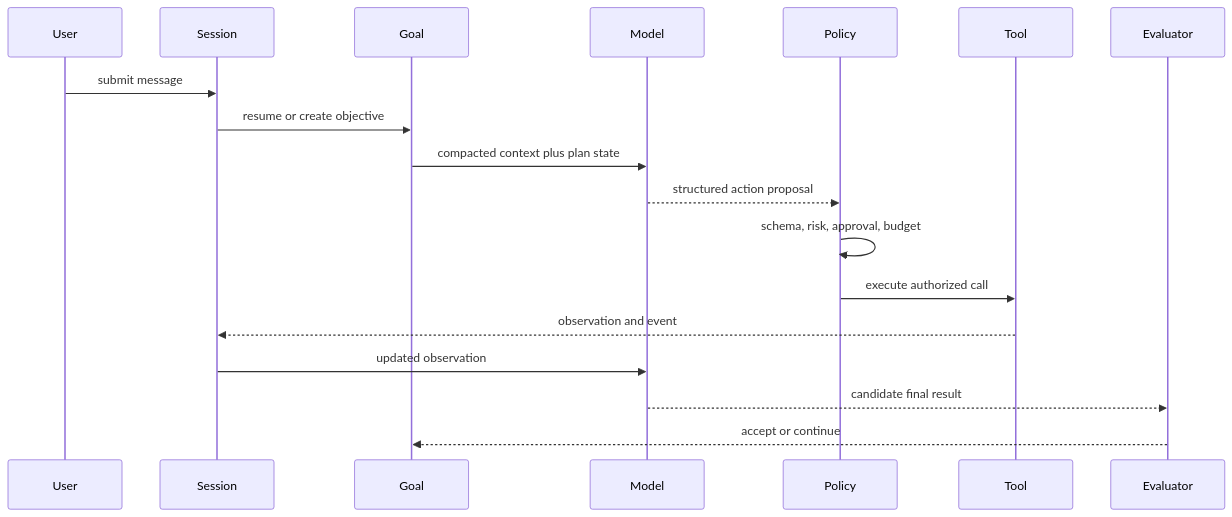
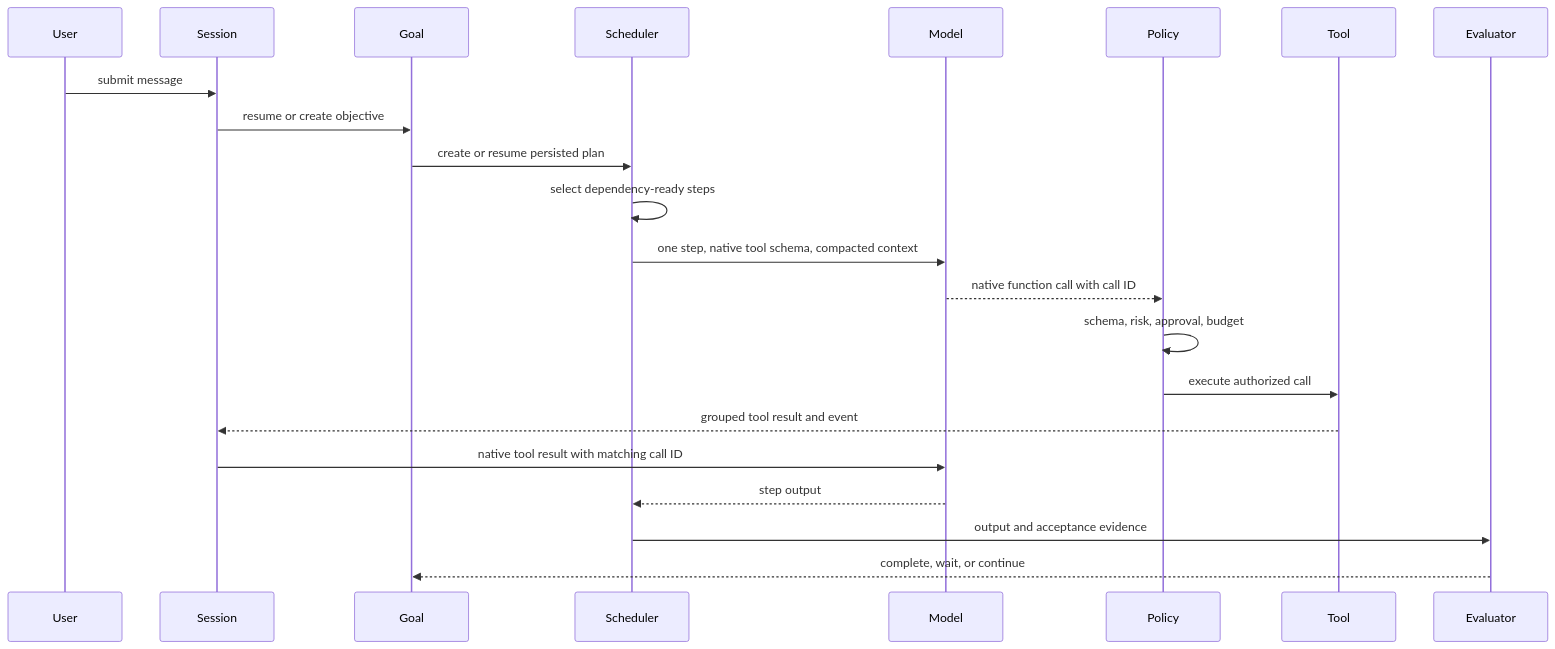
One commit to LucasZhang6/AgentCraft changed the diagram in docs/engineering-practice.md. Above: the diagram before and after it, drawn with Mermaid. The commit also changed other lines of this file and 204 other files, not shown here.

````diff
--- a/docs/engineering-practice.md
+++ b/docs/engineering-practice.md
@@ -27,21 +27,25 @@
 ```mermaid
 sequenceDiagram
   participant User
   participant Session
   participant Goal
+  participant Scheduler
   participant Model
   participant Policy
   participant Tool
   participant Evaluator
 
   User->>Session: submit message
   Session->>Goal: resume or create objective
-  Goal->>Model: compacted context plus plan state
-  Model-->>Policy: structured action proposal
+  Goal->>Scheduler: create or resume persisted plan
+  Scheduler->>Scheduler: select dependency-ready steps
+  Scheduler->>Model: one step, native tool schema, compacted context
+  Model-->>Policy: native function call with call ID
   Policy->>Policy: schema, risk, approval, budget
   Policy->>Tool: execute authorized call
-  Tool-->>Session: observation and event
-  Session->>Model: updated observation
-  Model-->>Evaluator: candidate final result
-  Evaluator-->>Goal: accept or continue
+  Tool-->>Session: grouped tool result and event
+  Session->>Model: native tool result with matching call ID
+  Model-->>Scheduler: step output
+  Scheduler->>Evaluator: output and acceptance evidence
+  Evaluator-->>Goal: complete, wait, or continue
 ```
````
